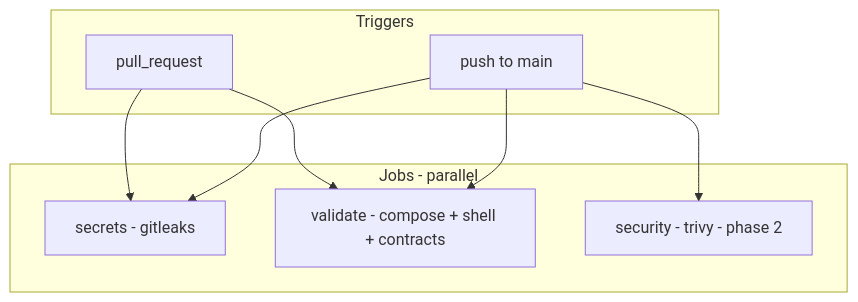
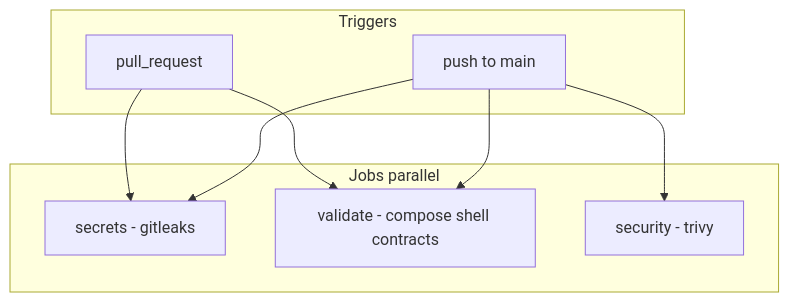
One commit to aleaz/flixbox changed the diagram in docs/10-ci-plan.md. Above: the diagram before and after it, drawn with Mermaid. The commit also changed 32 other files, not shown here.

````diff
--- a/docs/10-ci-plan.md
+++ b/docs/10-ci-plan.md
@@ -89,19 +89,19 @@
 ```mermaid
 flowchart TB
   subgraph triggers [Triggers]
     PUSH[push to main]
     PR[pull_request]
   end
 
-  subgraph jobs [Jobs - parallel]
+  subgraph jobs [Jobs parallel]
     SEC[secrets - gitleaks]
-    VAL[validate - compose + shell + contracts]
-    SECU[security - trivy - phase 2]
+    VAL[validate - compose shell contracts]
+    SECU[security - trivy]
   end
 
   PUSH --> SEC
   PUSH --> VAL
   PR --> SEC
   PR --> VAL
   PUSH --> SECU
 ```
````
